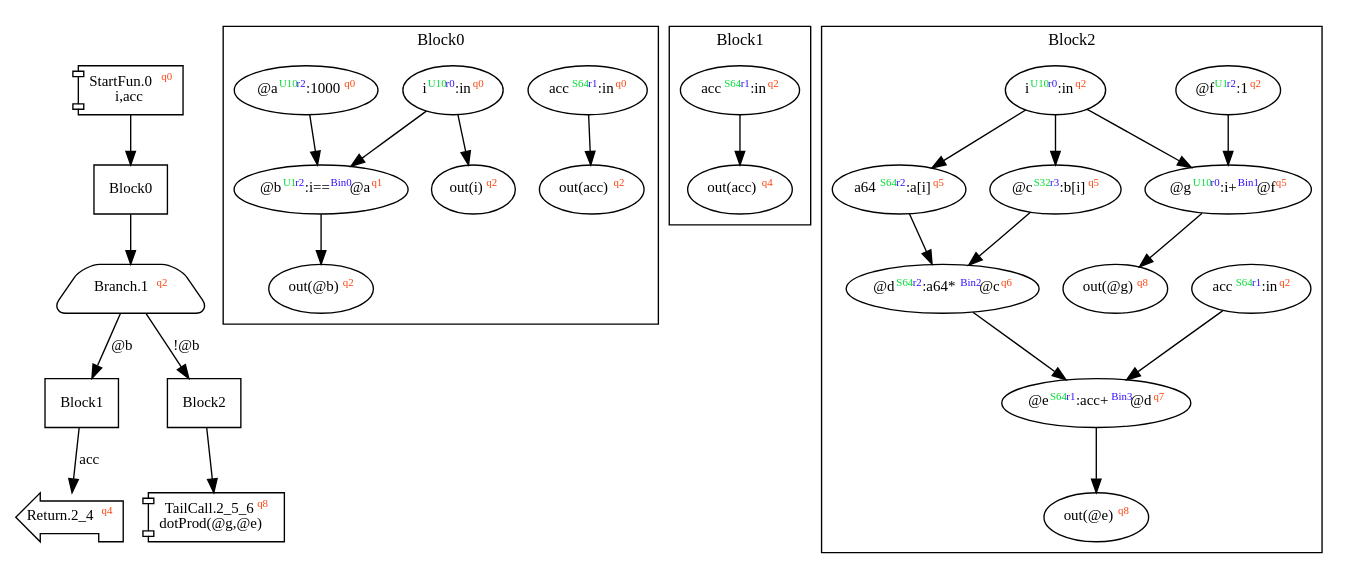
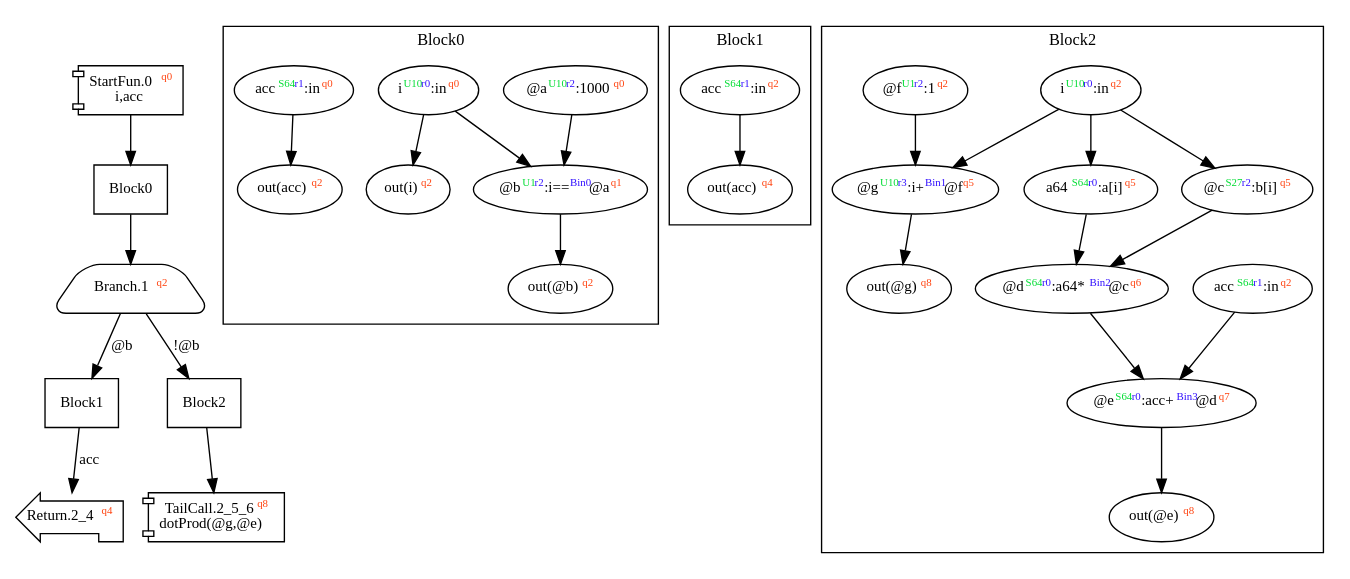
One commit to akouryy/SyntheScala changed the diagram in dist/dotProd.dot. Above: the diagram before and after it, drawn with Graphviz. The commit also changed 16 other files, not shown here.

```diff
--- a/dist/dotProd.dot
+++ b/dist/dotProd.dot
@@ -1,46 +1,46 @@
 digraph Program_ {
 graph [fontname = "Monaco", fontsize = 12, ranksep = 0.5];
 node [shape = box, fontname = "Monaco", fontsize = 11; colorscheme = pastel19];
 edge [fontname = "Monaco", fontsize = 11; colorscheme = pastel19];
 Jump0[label = <StartFun.0<font color="#ff4411" point-size="8"><sup>q0</sup></font><br/>i,acc>; shape = component];
 Jump0 -> Block0;
 Jump1[
   label = <Branch.1<font color="#ff4411" point-size="8"><sup>q2</sup></font>>;
   shape = trapezium; style = rounded;
 ];
 Block0 -> Jump1;
 Jump1 -> Block1 [label="@b"];
 Jump1 -> Block2 [label="!@b"];
 Jump2_4[label = <Return.2_4<font color="#ff4411" point-size="8"><sup>q4</sup></font>>; shape = lpromoter];
 Block1 -> Jump2_4 [label="acc"];
 Jump2_5_6[label = <TailCall.2_5_6<font color="#ff4411" point-size="8"><sup>q8</sup></font><br/>dotProd(@g,@e)>; shape = component];
 Block2 -> Jump2_5_6;
 Block0 [label = "Block0"];
 Block1 [label = "Block1"];
 Block2 [label = "Block2"];
 subgraph cluster_dfg_Block0{
 node [shape = oval];
 label = "Block0";
-ndBlock0_0 [label=<@b<font color="#00dd33" point-size="8"><sup>U1</sup></font><font color="#3311ff" point-size="8"><sup>r2</sup></font>:i==<font color="#3311ff" point-size="8"><sup>Bin0</sup></font>@a<font color="#ff4411" point-size="8"><sup>q1</sup></font>>];ndBlock0_1 [label=<out(acc)<font color="#ff4411" point-size="8"><sup>q2</sup></font>>];ndBlock0_2 [label=<acc<font color="#00dd33" point-size="8"><sup>S64</sup></font><font color="#3311ff" point-size="8"><sup>r1</sup></font>:in<font color="#ff4411" point-size="8"><sup>q0</sup></font>>];ndBlock0_3 [label=<i<font color="#00dd33" point-size="8"><sup>U10</sup></font><font color="#3311ff" point-size="8"><sup>r0</sup></font>:in<font color="#ff4411" point-size="8"><sup>q0</sup></font>>];ndBlock0_4 [label=<out(@b)<font color="#ff4411" point-size="8"><sup>q2</sup></font>>];ndBlock0_5 [label=<@a<font color="#00dd33" point-size="8"><sup>U10</sup></font><font color="#3311ff" point-size="8"><sup>r2</sup></font>:1000<font color="#ff4411" point-size="8"><sup>q0</sup></font>>];ndBlock0_6 [label=<out(i)<font color="#ff4411" point-size="8"><sup>q2</sup></font>>];ndBlock0_2 -> ndBlock0_1;
-ndBlock0_0 -> ndBlock0_4;
-ndBlock0_3 -> ndBlock0_0;
-ndBlock0_5 -> ndBlock0_0;
+ndBlock0_0 [label=<out(acc)<font color="#ff4411" point-size="8"><sup>q2</sup></font>>];ndBlock0_1 [label=<i<font color="#00dd33" point-size="8"><sup>U10</sup></font><font color="#3311ff" point-size="8"><sup>r0</sup></font>:in<font color="#ff4411" point-size="8"><sup>q0</sup></font>>];ndBlock0_2 [label=<out(@b)<font color="#ff4411" point-size="8"><sup>q2</sup></font>>];ndBlock0_3 [label=<@a<font color="#00dd33" point-size="8"><sup>U10</sup></font><font color="#3311ff" point-size="8"><sup>r2</sup></font>:1000<font color="#ff4411" point-size="8"><sup>q0</sup></font>>];ndBlock0_4 [label=<out(i)<font color="#ff4411" point-size="8"><sup>q2</sup></font>>];ndBlock0_5 [label=<acc<font color="#00dd33" point-size="8"><sup>S64</sup></font><font color="#3311ff" point-size="8"><sup>r1</sup></font>:in<font color="#ff4411" point-size="8"><sup>q0</sup></font>>];ndBlock0_6 [label=<@b<font color="#00dd33" point-size="8"><sup>U1</sup></font><font color="#3311ff" point-size="8"><sup>r2</sup></font>:i==<font color="#3311ff" point-size="8"><sup>Bin0</sup></font>@a<font color="#ff4411" point-size="8"><sup>q1</sup></font>>];ndBlock0_5 -> ndBlock0_0;
+ndBlock0_1 -> ndBlock0_6;
 ndBlock0_3 -> ndBlock0_6;
+ndBlock0_6 -> ndBlock0_2;
+ndBlock0_1 -> ndBlock0_4;
 }subgraph cluster_dfg_Block1{
 node [shape = oval];
 label = "Block1";
 ndBlock1_0 [label=<acc<font color="#00dd33" point-size="8"><sup>S64</sup></font><font color="#3311ff" point-size="8"><sup>r1</sup></font>:in<font color="#ff4411" point-size="8"><sup>q2</sup></font>>];ndBlock1_1 [label=<out(acc)<font color="#ff4411" point-size="8"><sup>q4</sup></font>>];ndBlock1_0 -> ndBlock1_1;
 }subgraph cluster_dfg_Block2{
 node [shape = oval];
 label = "Block2";
-ndBlock2_0 [label=<@g<font color="#00dd33" point-size="8"><sup>U10</sup></font><font color="#3311ff" point-size="8"><sup>r0</sup></font>:i+<font color="#3311ff" point-size="8"><sup>Bin1</sup></font>@f<font color="#ff4411" point-size="8"><sup>q5</sup></font>>];ndBlock2_1 [label=<out(@e)<font color="#ff4411" point-size="8"><sup>q8</sup></font>>];ndBlock2_2 [label=<@d<font color="#00dd33" point-size="8"><sup>S64</sup></font><font color="#3311ff" point-size="8"><sup>r2</sup></font>:a64*<font color="#3311ff" point-size="8"><sup>Bin2</sup></font>@c<font color="#ff4411" point-size="8"><sup>q6</sup></font>>];ndBlock2_3 [label=<acc<font color="#00dd33" point-size="8"><sup>S64</sup></font><font color="#3311ff" point-size="8"><sup>r1</sup></font>:in<font color="#ff4411" point-size="8"><sup>q2</sup></font>>];ndBlock2_4 [label=<out(@g)<font color="#ff4411" point-size="8"><sup>q8</sup></font>>];ndBlock2_5 [label=<@f<font color="#00dd33" point-size="8"><sup>U1</sup></font><font color="#3311ff" point-size="8"><sup>r2</sup></font>:1<font color="#ff4411" point-size="8"><sup>q2</sup></font>>];ndBlock2_6 [label=<a64<font color="#00dd33" point-size="8"><sup>S64</sup></font><font color="#3311ff" point-size="8"><sup>r2</sup></font>:a[i]<font color="#ff4411" point-size="8"><sup>q5</sup></font>>];ndBlock2_7 [label=<@e<font color="#00dd33" point-size="8"><sup>S64</sup></font><font color="#3311ff" point-size="8"><sup>r1</sup></font>:acc+<font color="#3311ff" point-size="8"><sup>Bin3</sup></font>@d<font color="#ff4411" point-size="8"><sup>q7</sup></font>>];ndBlock2_8 [label=<i<font color="#00dd33" point-size="8"><sup>U10</sup></font><font color="#3311ff" point-size="8"><sup>r0</sup></font>:in<font color="#ff4411" point-size="8"><sup>q2</sup></font>>];ndBlock2_9 [label=<@c<font color="#00dd33" point-size="8"><sup>S32</sup></font><font color="#3311ff" point-size="8"><sup>r3</sup></font>:b[i]<font color="#ff4411" point-size="8"><sup>q5</sup></font>>];ndBlock2_5 -> ndBlock2_0;
-ndBlock2_8 -> ndBlock2_0;
-ndBlock2_0 -> ndBlock2_4;
-ndBlock2_8 -> ndBlock2_6;
+ndBlock2_0 [label=<@e<font color="#00dd33" point-size="8"><sup>S64</sup></font><font color="#3311ff" point-size="8"><sup>r0</sup></font>:acc+<font color="#3311ff" point-size="8"><sup>Bin3</sup></font>@d<font color="#ff4411" point-size="8"><sup>q7</sup></font>>];ndBlock2_1 [label=<a64<font color="#00dd33" point-size="8"><sup>S64</sup></font><font color="#3311ff" point-size="8"><sup>r0</sup></font>:a[i]<font color="#ff4411" point-size="8"><sup>q5</sup></font>>];ndBlock2_2 [label=<out(@e)<font color="#ff4411" point-size="8"><sup>q8</sup></font>>];ndBlock2_3 [label=<acc<font color="#00dd33" point-size="8"><sup>S64</sup></font><font color="#3311ff" point-size="8"><sup>r1</sup></font>:in<font color="#ff4411" point-size="8"><sup>q2</sup></font>>];ndBlock2_4 [label=<@d<font color="#00dd33" point-size="8"><sup>S64</sup></font><font color="#3311ff" point-size="8"><sup>r0</sup></font>:a64*<font color="#3311ff" point-size="8"><sup>Bin2</sup></font>@c<font color="#ff4411" point-size="8"><sup>q6</sup></font>>];ndBlock2_5 [label=<out(@g)<font color="#ff4411" point-size="8"><sup>q8</sup></font>>];ndBlock2_6 [label=<@f<font color="#00dd33" point-size="8"><sup>U1</sup></font><font color="#3311ff" point-size="8"><sup>r2</sup></font>:1<font color="#ff4411" point-size="8"><sup>q2</sup></font>>];ndBlock2_7 [label=<@g<font color="#00dd33" point-size="8"><sup>U10</sup></font><font color="#3311ff" point-size="8"><sup>r3</sup></font>:i+<font color="#3311ff" point-size="8"><sup>Bin1</sup></font>@f<font color="#ff4411" point-size="8"><sup>q5</sup></font>>];ndBlock2_8 [label=<i<font color="#00dd33" point-size="8"><sup>U10</sup></font><font color="#3311ff" point-size="8"><sup>r0</sup></font>:in<font color="#ff4411" point-size="8"><sup>q2</sup></font>>];ndBlock2_9 [label=<@c<font color="#00dd33" point-size="8"><sup>S27</sup></font><font color="#3311ff" point-size="8"><sup>r2</sup></font>:b[i]<font color="#ff4411" point-size="8"><sup>q5</sup></font>>];ndBlock2_7 -> ndBlock2_5;
+ndBlock2_8 -> ndBlock2_1;
 ndBlock2_8 -> ndBlock2_9;
-ndBlock2_7 -> ndBlock2_1;
-ndBlock2_2 -> ndBlock2_7;
-ndBlock2_3 -> ndBlock2_7;
-ndBlock2_6 -> ndBlock2_2;
-ndBlock2_9 -> ndBlock2_2;
+ndBlock2_6 -> ndBlock2_7;
+ndBlock2_8 -> ndBlock2_7;
+ndBlock2_3 -> ndBlock2_0;
+ndBlock2_4 -> ndBlock2_0;
+ndBlock2_0 -> ndBlock2_2;
+ndBlock2_1 -> ndBlock2_4;
+ndBlock2_9 -> ndBlock2_4;
 }}
```
